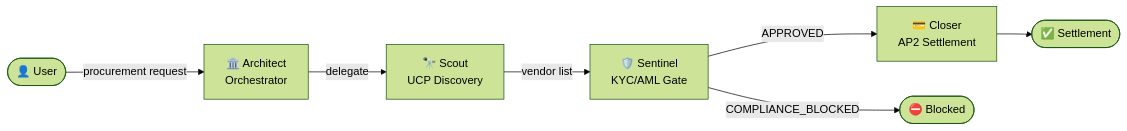
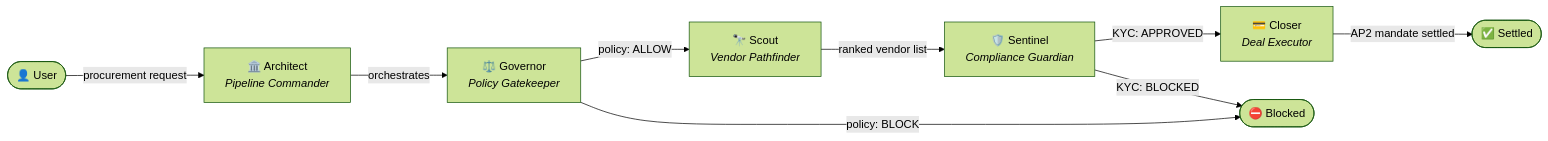
The diagram in README.md (shailwx/aura), drawn with Mermaid (forest theme) before and after one commit. The commit also changed other lines of this file and 10 other files, not shown here.

````diff
--- a/README.md
+++ b/README.md
@@ -30,17 +31,20 @@
 ```mermaid
 flowchart LR
     User(["👤 User"])
-    Architect["🏛️ Architect<br/>Orchestrator"]
-    Scout["🔭 Scout<br/>UCP Discovery"]
-    Sentinel["🛡️ Sentinel<br/>KYC/AML Gate"]
-    Closer["💳 Closer<br/>AP2 Settlement"]
-    Settlement(["✅ Settlement"])
+    Architect["🏛️ Architect<br/><i>Pipeline Commander</i>"]
+    Governor["⚖️ Governor<br/><i>Policy Gatekeeper</i>"]
+    Scout["🔭 Scout<br/><i>Vendor Pathfinder</i>"]
+    Sentinel["🛡️ Sentinel<br/><i>Compliance Guardian</i>"]
+    Closer["💳 Closer<br/><i>Deal Executor</i>"]
+    Settlement(["✅ Settled"])
     Blocked(["⛔ Blocked"])
 
-    User -->|procurement request| Architect
-    Architect -->|delegate| Scout
-    Scout -->|vendor list| Sentinel
-    Sentinel -->|APPROVED| Closer
-    Sentinel -->|COMPLIANCE_BLOCKED| Blocked
-    Closer --> Settlement
+    User -->|"procurement request"| Architect
+    Architect -->|"orchestrates"| Governor
+    Governor -->|"policy: ALLOW"| Scout
+    Governor -->|"policy: BLOCK"| Blocked
+    Scout -->|"ranked vendor list"| Sentinel
+    Sentinel -->|"KYC: APPROVED"| Closer
+    Sentinel -->|"KYC: BLOCKED"| Blocked
+    Closer -->|"AP2 mandate settled"| Settlement
 ```
````
